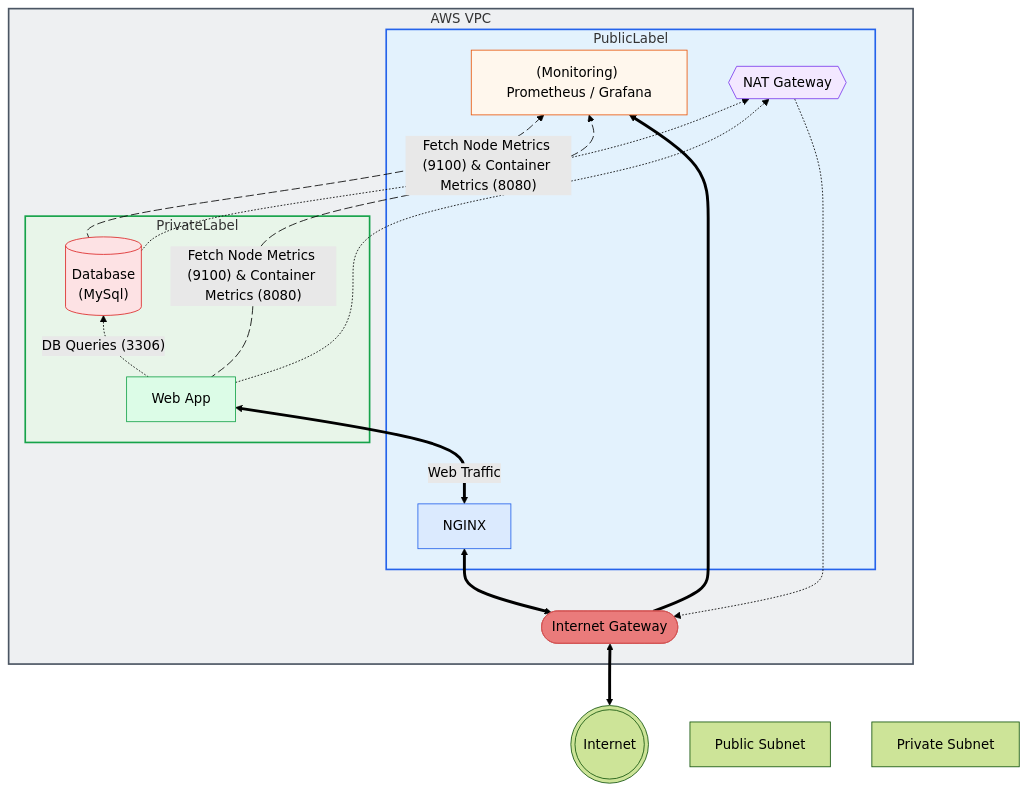
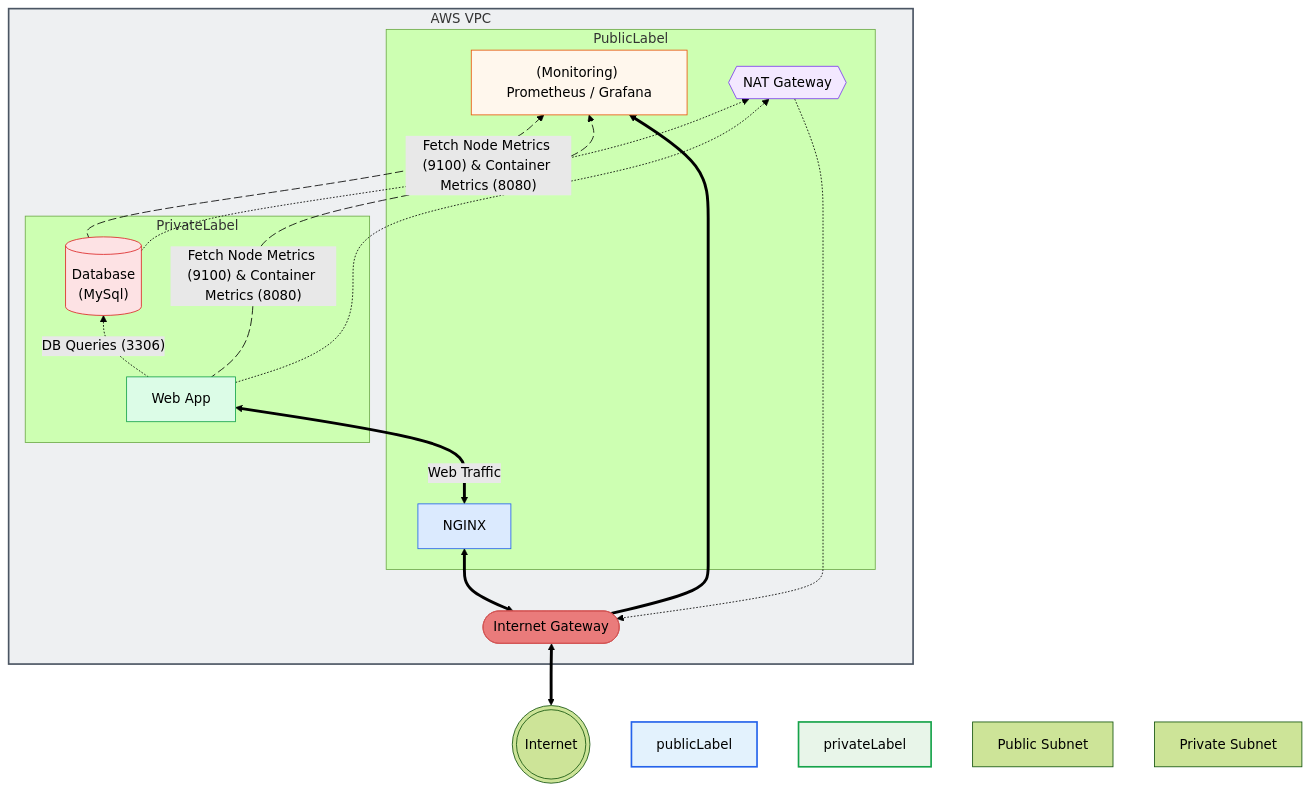
The diagram in README.md (Jazzar101/learning-terraform-3087701), drawn with Mermaid (forest theme) before and after one commit.

Commit message:
changed label

````diff
--- a/README.md
+++ b/README.md
@@ -6,59 +6,59 @@
 ```mermaid
 flowchart BT
     Internet(((Internet)))
     subgraph VPC[AWS VPC]
         IGW([Internet Gateway])
         subgraph PublicSubnet[PublicLabel]
             NAT{{NAT Gateway}}
             NGINX[NGINX]
             Monitoring["(Monitoring) Prometheus / Grafana"]
         end
 
         subgraph PrivateSubnet[PrivateLabel]
             App[Web App]
             DB[("Database\n(MySql)")]
         end
     end
 
     Internet <==> IGW
     IGW <==> NGINX
     NGINX <==>|Web Traffic| App
     App -.->|"DB Queries (3306)"| DB
     IGW ==> Monitoring
 
     App metricsApp@-->|"Fetch Node Metrics (9100) & Container Metrics (8080)"| Monitoring
     DB metricsDB@-->|"Fetch Node Metrics (9100) & Container Metrics (8080)"| Monitoring
 
     App -.-> NAT
     DB -.-> NAT
     NAT -.-> IGW
     
     metricsApp@{ animation: slow }    
     metricsDB@{ animation: slow }
 
     %% Node-only styling (GitHub safe)
     classDef ingress fill:#dbeafe,stroke:#2563eb,color:#000000
     classDef monitoring fill:#fff7ed,stroke:#ea580c,color:#000000
     classDef nat fill:#f3e8ff,stroke:#7c3aed,color:#000000
     classDef app fill:#dcfce7,stroke:#16a34a,color:#000000
     classDef db fill:#fde2e4,stroke:#dc2626,color:#000000
     classDef igw fill:#EA7B7B,stroke:#D25353,color:#00000
     classDef PublicLabel fill:#e3f2fd,stroke:#none,stroke-width:1.5px,color:#111827,font-weight:bold
     classDef Privatelabel fill:#e8f5e9,stroke:none,color:#000000,font-size:12px,font-weight:500
 
     style VPC fill:#eef0f2,stroke:#4b5563,stroke-width:2px
-    style PublicSubnet fill:#e3f2fd,stroke:#2563eb,stroke-width:2px
-    style PrivateSubnet fill:#e8f5e9,stroke:#16a34a,stroke-width:2px    
+    style publicLabel fill:#e3f2fd,stroke:#2563eb,stroke-width:2px
+    style privateLabel fill:#e8f5e9,stroke:#16a34a,stroke-width:2px    
  
     linkStyle default stroke:#000
 
-    PublicLabel["Public Subnet"]
-    PrivateLabel["Private Subnet"]
+    PublicLabel["Public Subnet"]:::publicLabel
+    PrivateLabel["Private Subnet"]:::privateLabel
 
     class NGINX ingress
     class Monitoring monitoring
     class NAT nat
     class App app
     class DB db
     class IGW igw
 ```
````
